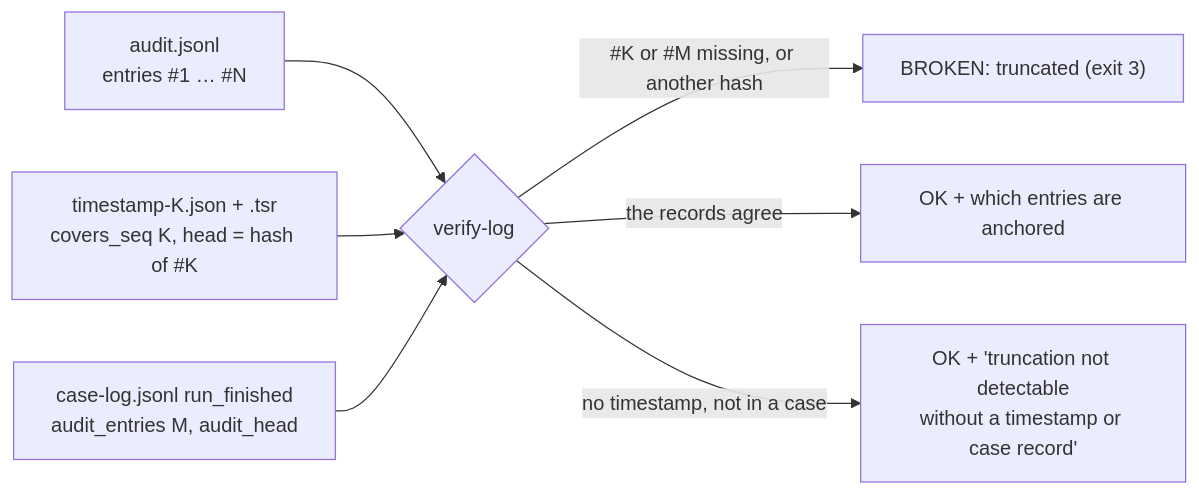
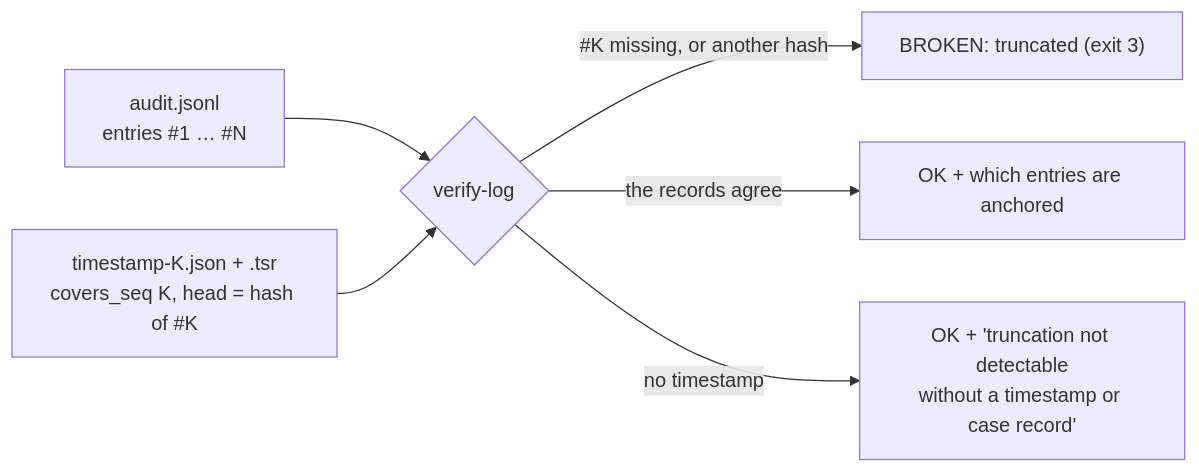
The second of 5 diagrams in docs/forensic-audit.md (Panacota96/rv-triage), drawn with Mermaid before and after one commit. The commit also changed other lines of this file and 85 other files, not shown here.

````diff
--- a/docs/forensic-audit.md
+++ b/docs/forensic-audit.md
@@ -51,9 +56,8 @@
 ```mermaid
 flowchart LR
     L["audit.jsonl<br/>entries #1 … #N"] --> V{"verify-log"}
     T["timestamp-K.json + .tsr<br/>covers_seq K, head = hash of #K"] --> V
-    C["case-log.jsonl run_finished<br/>audit_entries M, audit_head"] --> V
-    V -->|"#K or #M missing, or another hash"| B["BROKEN: truncated (exit 3)"]
+    V -->|"#K missing, or another hash"| B["BROKEN: truncated (exit 3)"]
     V -->|"the records agree"| O["OK + which entries are anchored"]
-    V -->|"no timestamp, not in a case"| N["OK + 'truncation not detectable<br/>without a timestamp or case record'"]
+    V -->|"no timestamp"| N["OK + 'truncation not detectable<br/>without a timestamp or case record'"]
 ```
````
